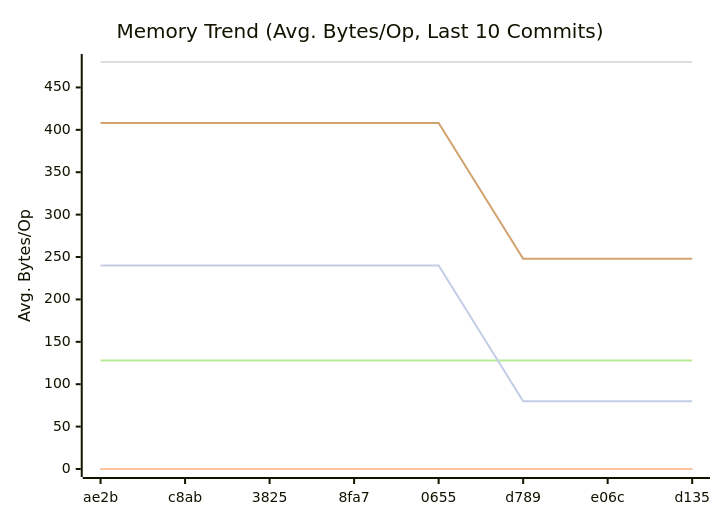
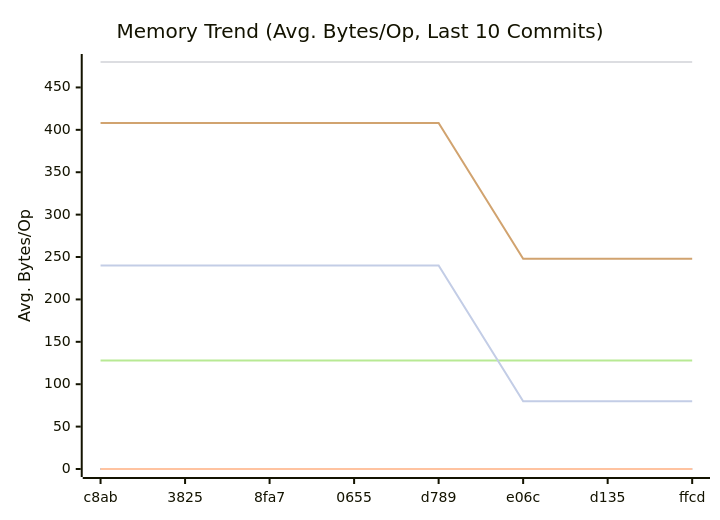
One commit to alsotoes/momo changed the second of 3 diagrams in docs/README.md. Above: the diagram before and after it, drawn with Mermaid. The commit also changed other lines of this file and 1 other file, not shown here.

````diff
--- a/docs/README.md
+++ b/docs/README.md
@@ -318,14 +318,14 @@
 ```mermaid
 xychart-beta
     title "Memory Trend (Avg. Bytes/Op, Last 10 Commits)"
     x-axis "Commit"
     y-axis "Avg. Bytes/Op"
-    x-axis [ae2b,c8ab,3825,8fa7,0655,d789,e06c,d135]
+    x-axis [c8ab,3825,8fa7,0655,d789,e06c,d135,ffcd]
     line "CheckMetricsAndSwap" [0,0,0,0,0,0,0,0,0,0]
     line "IndexDirectTracking" [0,0,0,0,0,0,0,0,0,0]
     line "IndexSearch" [0,0,0,0,0,0,0,0,0,0]
     line "LoadGlobalConfig" [480,480,480,480,480,480,480,480,480,480]
     line "PadString" [128,128,128,128,128,128,128,128,128,128]
     line "ParseReplicationOrder_NoPrealloc" [408,408,408,408,408,248,248,248,248,248]
     line "ParseReplicationOrder_Prealloc" [240,240,240,240,240,80,80,80,80,80]
 ```
````
